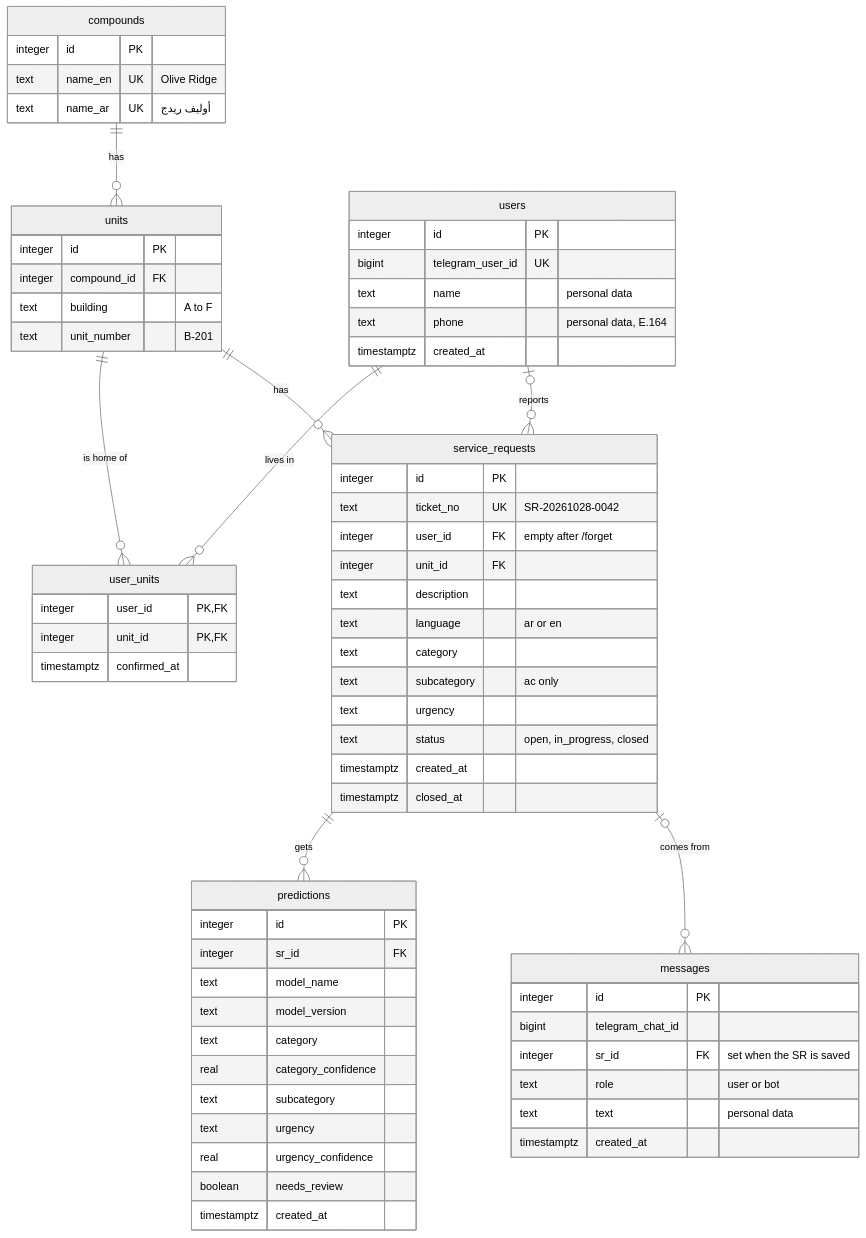
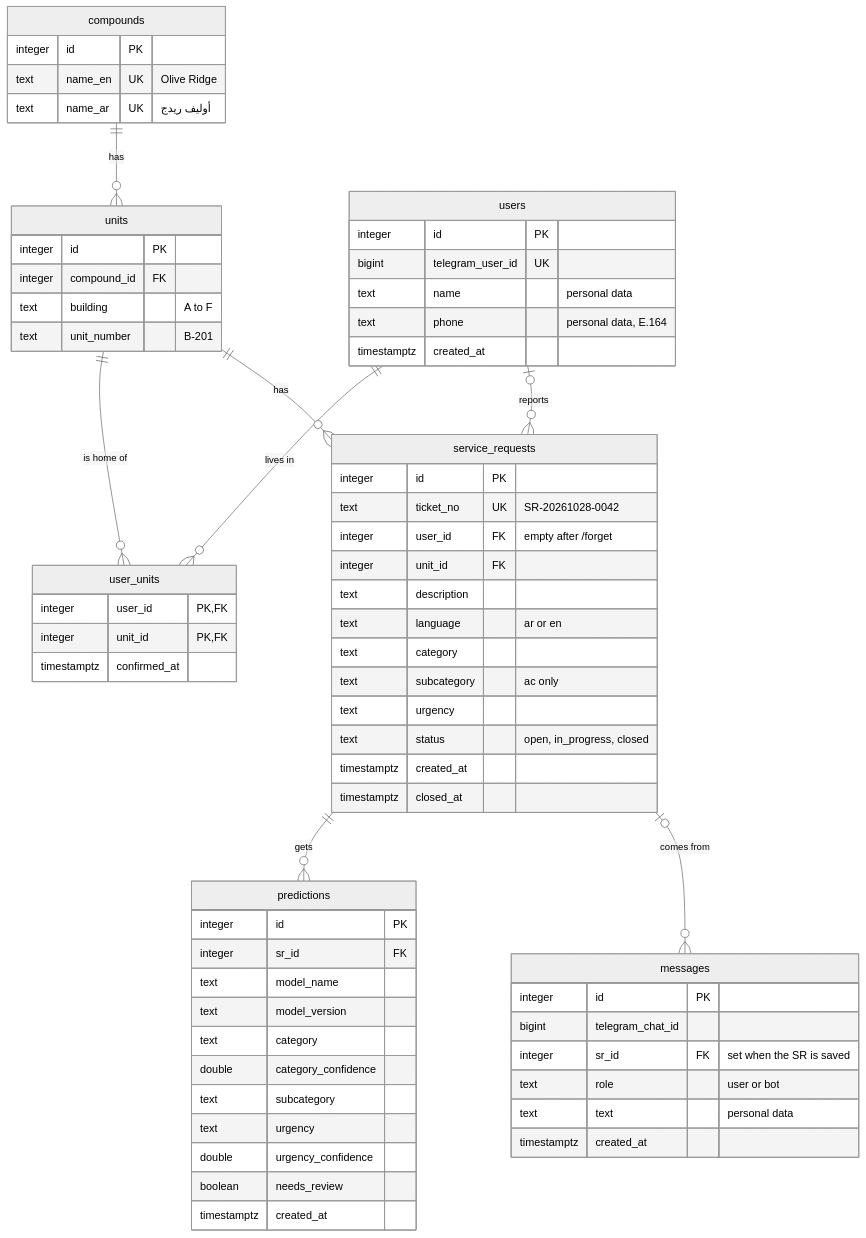
One commit to mohaitham22/sr2-bot changed the diagram in docs/design_notes.md. Above: the diagram before and after it, drawn with Mermaid (neutral theme). The commit also changed other lines of this file and 27 other files, not shown here.

````diff
--- a/docs/design_notes.md
+++ b/docs/design_notes.md
@@ -232,69 +232,69 @@
 ```mermaid
 erDiagram
     compounds ||--o{ units : "has"
     users ||--o{ user_units : "lives in"
     units ||--o{ user_units : "is home of"
     units ||--o{ service_requests : "has"
     users |o--o{ service_requests : "reports"
     service_requests ||--o{ predictions : "gets"
     service_requests |o--o{ messages : "comes from"
 
     compounds {
         integer id PK
         text name_en UK "Olive Ridge"
         text name_ar UK "أوليف ريدج"
     }
     units {
         integer id PK
         integer compound_id FK
         text building "A to F"
         text unit_number "B-201"
     }
     users {
         integer id PK
         bigint telegram_user_id UK
         text name "personal data"
         text phone "personal data, E.164"
         timestamptz created_at
     }
     user_units {
         integer user_id PK, FK
         integer unit_id PK, FK
         timestamptz confirmed_at
     }
     service_requests {
         integer id PK
         text ticket_no UK "SR-20261028-0042"
         integer user_id FK "empty after /forget"
         integer unit_id FK
         text description
         text language "ar or en"
         text category
         text subcategory "ac only"
         text urgency
         text status "open, in_progress, closed"
         timestamptz created_at
         timestamptz closed_at
     }
     predictions {
         integer id PK
         integer sr_id FK
         text model_name
         text model_version
         text category
-        real category_confidence
+        double category_confidence
         text subcategory
         text urgency
-        real urgency_confidence
+        double urgency_confidence
         boolean needs_review
         timestamptz created_at
     }
     messages {
         integer id PK
         bigint telegram_chat_id
         integer sr_id FK "set when the SR is saved"
         text role "user or bot"
         text text "personal data"
         timestamptz created_at
     }
 ```
````
